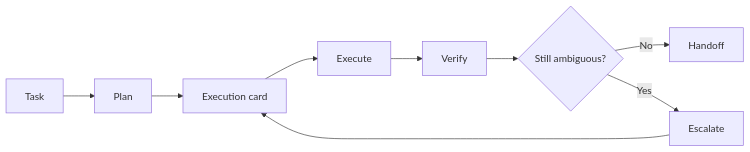
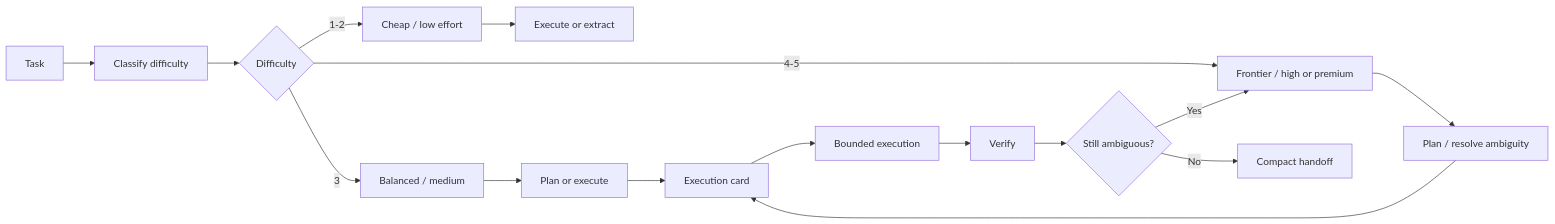
One commit to 0xQuantCat/cost-aware-agent-work changed the diagram in README.md. Above: the diagram before and after it, drawn with Mermaid. The commit also changed other lines of this file, not shown here.

````diff
--- a/README.md
+++ b/README.md
@@ -88,11 +93,18 @@
 ```mermaid
 flowchart LR
-    A[Task] --> B[Plan]
-    B --> C[Execution card]
-    C --> D[Execute]
-    D --> E[Verify]
-    E --> F{Still ambiguous?}
-    F -- No --> G[Handoff]
-    F -- Yes --> H[Escalate]
-    H --> C
+    A[Task] --> B[Classify difficulty]
+    B --> C{Difficulty}
+    C -- 1-2 --> D[Cheap / low effort]
+    C -- 3 --> E[Balanced / medium]
+    C -- 4-5 --> F[Frontier / high or premium]
+    D --> G[Execute or extract]
+    E --> H[Plan or execute]
+    F --> I[Plan / resolve ambiguity]
+    I --> J[Execution card]
+    H --> J
+    J --> K[Bounded execution]
+    K --> L[Verify]
+    L --> M{Still ambiguous?}
+    M -- No --> N[Compact handoff]
+    M -- Yes --> F
 ```
````
